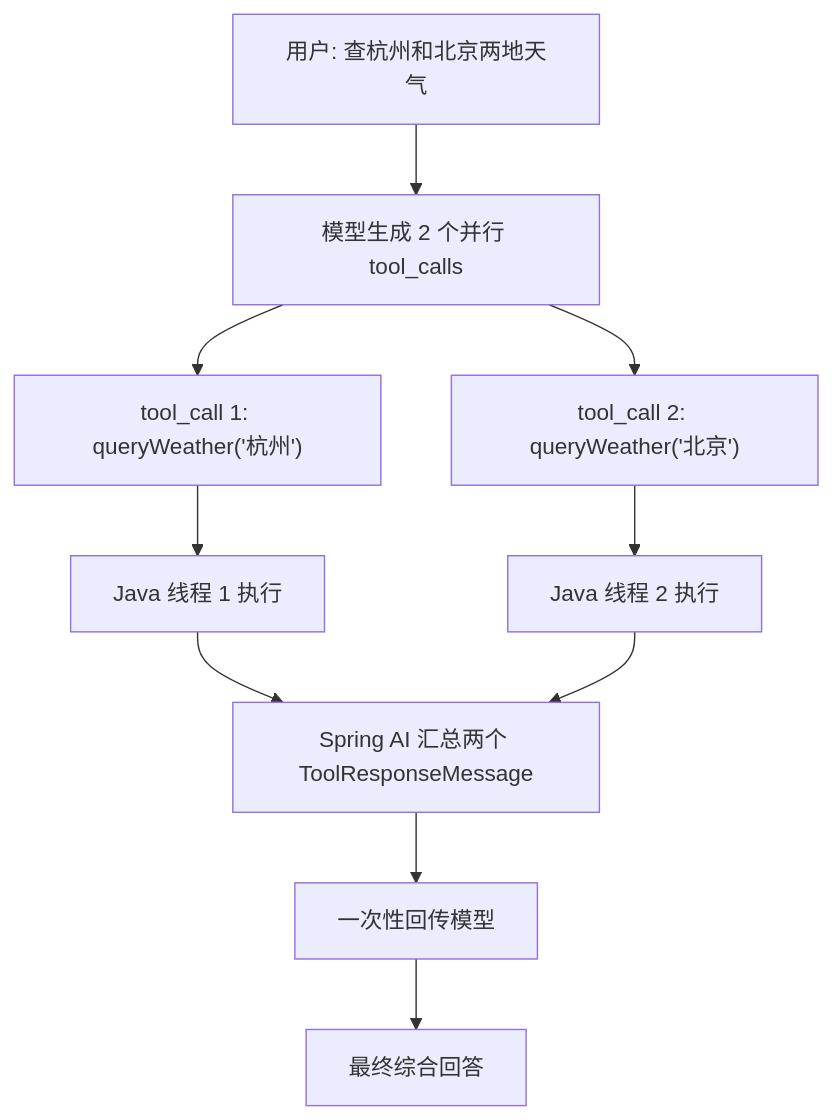
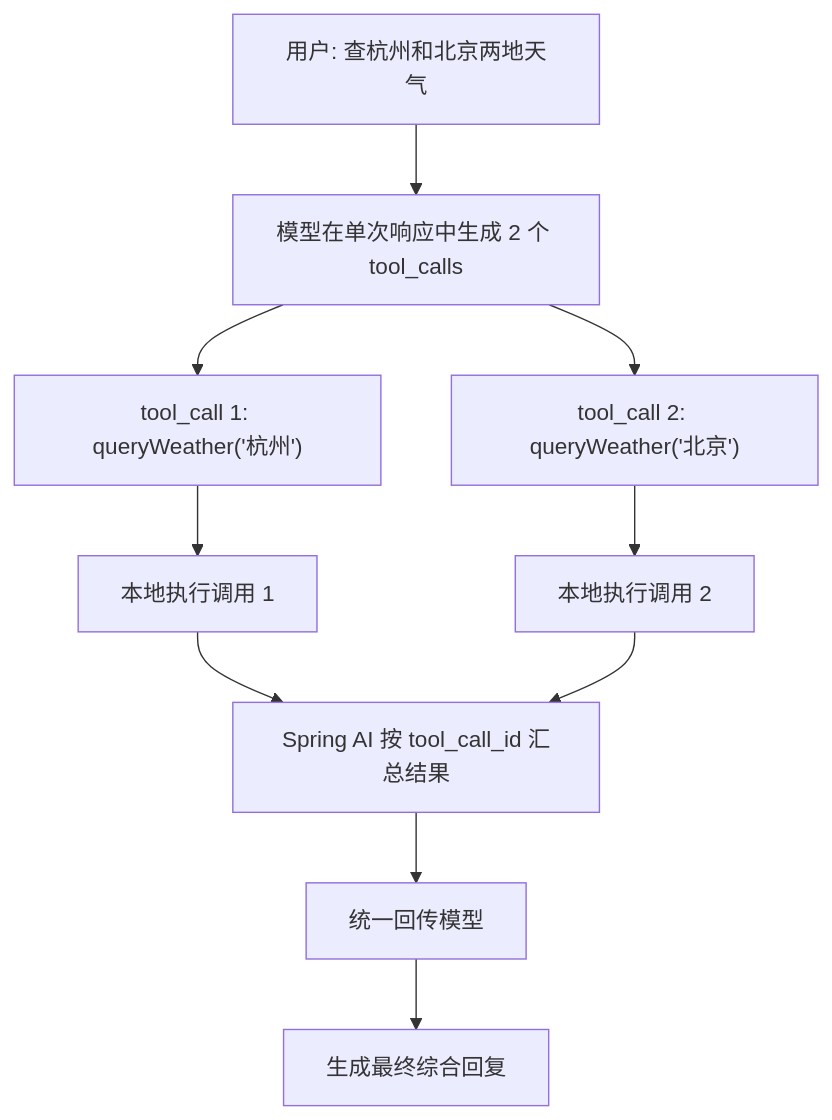
The second of 2 diagrams in 10-AI应用开发/02-框架-SpringAI与LangChain4j/SpringAI/06-Function-Calling工具调用.md (GuoWWWX/knowledge-base), drawn with Mermaid before and after one commit. The commit also changed other lines of this file and 251 other files, not shown here.

````diff
--- a/10-AI应用开发/02-框架-SpringAI与LangChain4j/SpringAI/06-Function-Calling工具调用.md
+++ b/10-AI应用开发/02-框架-SpringAI与LangChain4j/SpringAI/06-Function-Calling工具调用.md
@@ -210,12 +185,12 @@
 ```mermaid
 flowchart TD
-    Q["用户: 查杭州和北京两地天气"] --> LLM["模型生成 2 个并行 tool_calls"]
+    Q["用户: 查杭州和北京两地天气"] --> LLM["模型在单次响应中生成 2 个 tool_calls"]
     LLM --> C1["tool_call 1: queryWeather('杭州')"]
     LLM --> C2["tool_call 2: queryWeather('北京')"]
-    C1 --> E1["Java 线程 1 执行"]
-    C2 --> E2["Java 线程 2 执行"]
-    E1 --> Merge["Spring AI 汇总两个 ToolResponseMessage"]
+    C1 --> E1["本地执行调用 1"]
+    C2 --> E2["本地执行调用 2"]
+    E1 --> Merge["Spring AI 按 tool_call_id 汇总结果"]
     E2 --> Merge
-    Merge --> LLM2["一次性回传模型"]
-    LLM2 --> Final["最终综合回答"]
+    Merge --> LLM2["统一回传模型"]
+    LLM2 --> Final["生成最终综合回复"]
 ```
````
